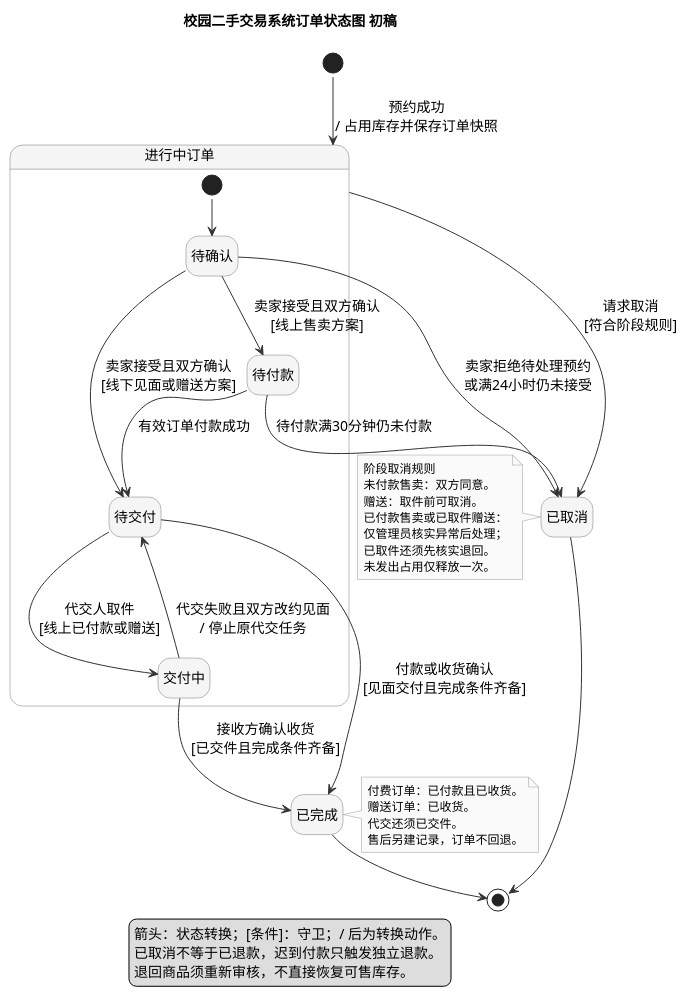
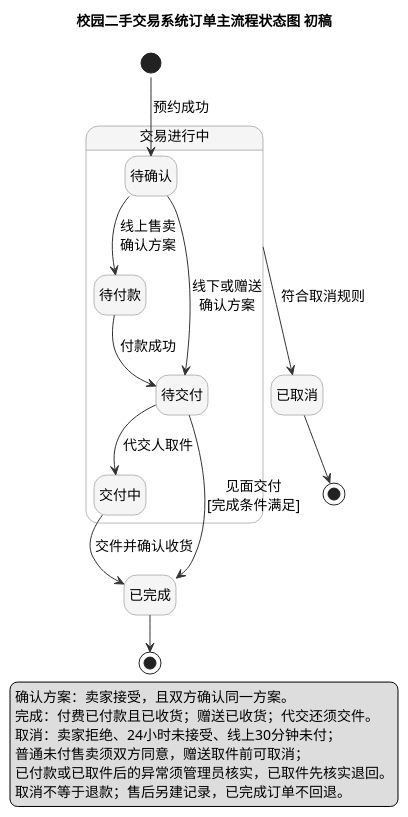
Before and after one commit to koishikois259/campus-market: the diagram in UML/UML状态图.puml, drawn with PlantUML. The commit also changed 4 other files, not shown here.

Commit message:
lab2: simplify draft order state diagram following user review

```diff
--- a/UML/UML状态图.puml
+++ b/UML/UML状态图.puml
@@ -1,67 +1,49 @@
 @startuml
-' Order state diagram AI draft v0.1, 2026-11-03.
+' Order state diagram simplified draft v0.2, 2026-11-03.
 ' Reference: https://plantuml.com/zh/state-diagram
 !pragma layout smetana
-title 校园二手交易系统订单状态图 初稿
+title 校园二手交易系统订单主流程状态图 初稿
 hide empty description
 skinparam defaultFontName Microsoft YaHei
 skinparam defaultFontSize 14
 skinparam shadowing false
 skinparam stateBackgroundColor #F5F5F5
 skinparam stateBorderColor #777777
 skinparam ArrowColor #333333
-skinparam noteBackgroundColor #FAFAFA
-skinparam noteBorderColor #999999
-skinparam noteFontSize 12
-skinparam nodesep 28
-skinparam ranksep 35
+skinparam nodesep 30
+skinparam ranksep 30
 
-state "进行中订单" as Active {
+state "交易进行中" as Active {
   state "待确认" as Pending
   state "待付款" as WaitingPayment
   state "待交付" as Ready
   state "交付中" as Delivering
 
-  [*] --> Pending
-  Pending --> WaitingPayment : 卖家接受且双方确认\n[线上售卖方案]
-  Pending --> Ready : 卖家接受且双方确认\n[线下见面或赠送方案]
-  WaitingPayment --> Ready : 有效订单付款成功
-  Ready --> Delivering : 代交人取件\n[线上已付款或赠送]
-  Delivering --> Ready : 代交失败且双方改约见面\n/ 停止原代交任务
+  Pending -down-> WaitingPayment : 线上售卖\n确认方案
+  WaitingPayment -down-> Ready : 付款成功
+  Pending --> Ready : 线下或赠送\n确认方案
+  Ready -down-> Delivering : 代交人取件
 }
 
 state "已完成" as Completed
 state "已取消" as Cancelled
+state CompletedEnd <<end>>
+state CancelledEnd <<end>>
 
-[*] --> Active : 预约成功\n/ 占用库存并保存订单快照
-Ready --> Completed : 付款或收货确认\n[见面交付且完成条件齐备]
-Delivering --> Completed : 接收方确认收货\n[已交件且完成条件齐备]
-Pending --> Cancelled : 卖家拒绝待处理预约\n或满24小时仍未接受
-WaitingPayment --> Cancelled : 待付款满30分钟仍未付款
-Active --> Cancelled : 请求取消\n[符合阶段规则]
-Completed --> [*]
-Cancelled --> [*]
-
-note left of Cancelled
-  阶段取消规则
-  未付款售卖：双方同意。
-  赠送：取件前可取消。
-  已付款售卖或已取件赠送：
-  仅管理员核实异常后处理；
-  已取件还须先核实退回。
-  未发出占用仅释放一次。
-end note
-
-note right of Completed
-  付费订单：已付款且已收货。
-  赠送订单：已收货。
-  代交还须已交件。
-  售后另建记录，订单不回退。
-end note
+[*] --> Pending : 预约成功
+Ready --> Completed : 见面交付\n[完成条件满足]
+Delivering --> Completed : 交件并确认收货
+Active -right-> Cancelled : 符合取消规则
+Ready -[hidden]right-> Cancelled
+Completed --> CompletedEnd
+Cancelled --> CancelledEnd
 
 legend bottom
-  箭头：状态转换；[条件]：守卫；/ 后为转换动作。
-  已取消不等于已退款，迟到付款只触发独立退款。
-  退回商品须重新审核，不直接恢复可售库存。
+  确认方案：卖家接受，且双方确认同一方案。
+  完成：付费已付款且已收货；赠送已收货；代交还须交件。
+  取消：卖家拒绝、24小时未接受、线上30分钟未付；
+  普通未付售卖须双方同意，赠送取件前可取消；
+  已付款或已取件后的异常须管理员核实，已取件先核实退回。
+  取消不等于退款；售后另建记录，已完成订单不回退。
 endlegend
 @enduml
```
